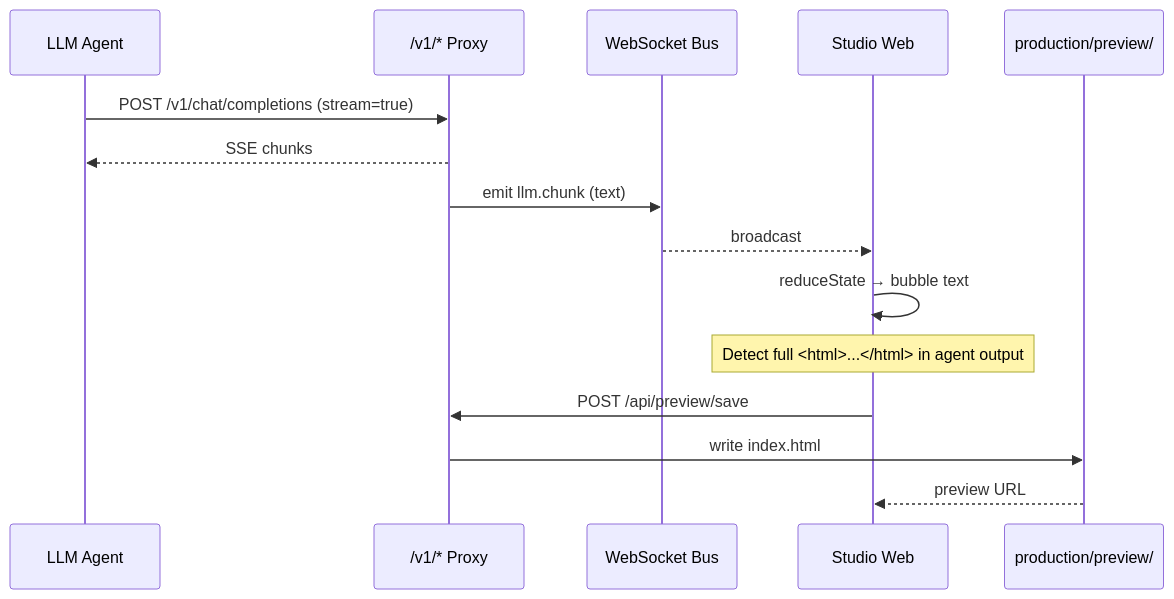
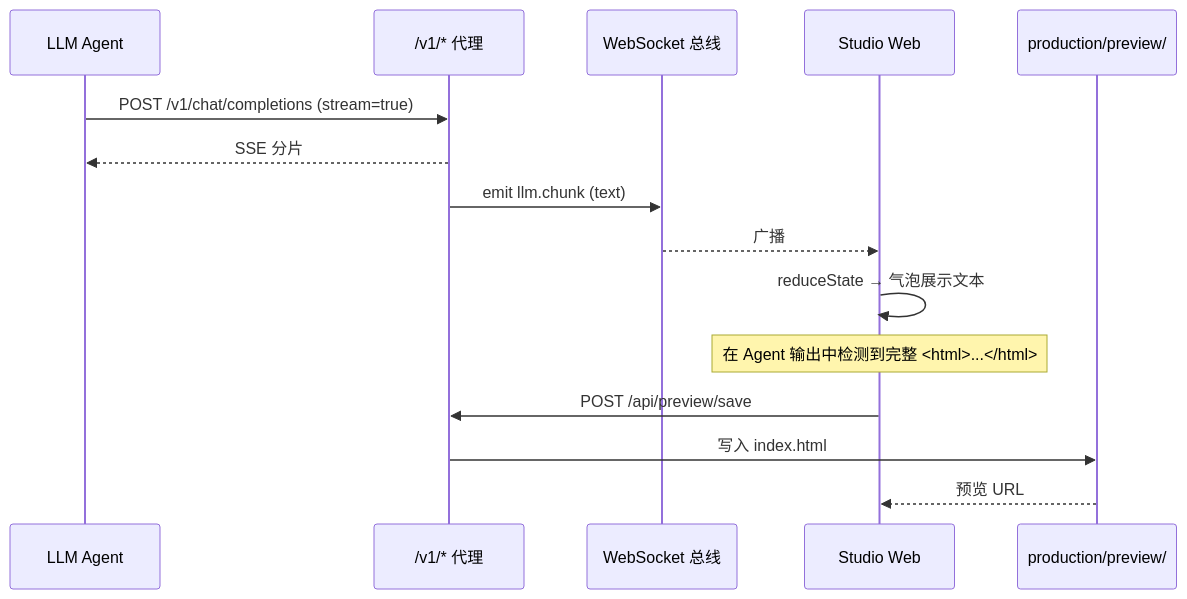
The second of 3 diagrams in docs-site/architecture.md (YeLuo45/AiGameAgent-design), drawn with Mermaid before and after one commit. The commit also changed other lines of this file and 16 other files, not shown here.

````diff
--- a/docs-site/architecture.md
+++ b/docs-site/architecture.md
@@ -76,18 +76,18 @@
 ```mermaid
 sequenceDiagram
     participant Agent as LLM Agent
-    participant Proxy as /v1/* Proxy
-    participant Bus as WebSocket Bus
+    participant Proxy as /v1/* 代理
+    participant Bus as WebSocket 总线
     participant UI as Studio Web
     participant FS as production/preview/
 
     Agent->>Proxy: POST /v1/chat/completions (stream=true)
-    Proxy-->>Agent: SSE chunks
+    Proxy-->>Agent: SSE 分片
     Proxy->>Bus: emit llm.chunk (text)
-    Bus-->>UI: broadcast
-    UI->>UI: reduceState → bubble text
-    Note over UI: Detect full <html>...</html> in agent output
+    Bus-->>UI: 广播
+    UI->>UI: reduceState → 气泡展示文本
+    Note over UI: 在 Agent 输出中检测到完整 <html>...</html>
     UI->>Proxy: POST /api/preview/save
-    Proxy->>FS: write index.html
-    FS-->>UI: preview URL
+    Proxy->>FS: 写入 index.html
+    FS-->>UI: 预览 URL
 ```
````
